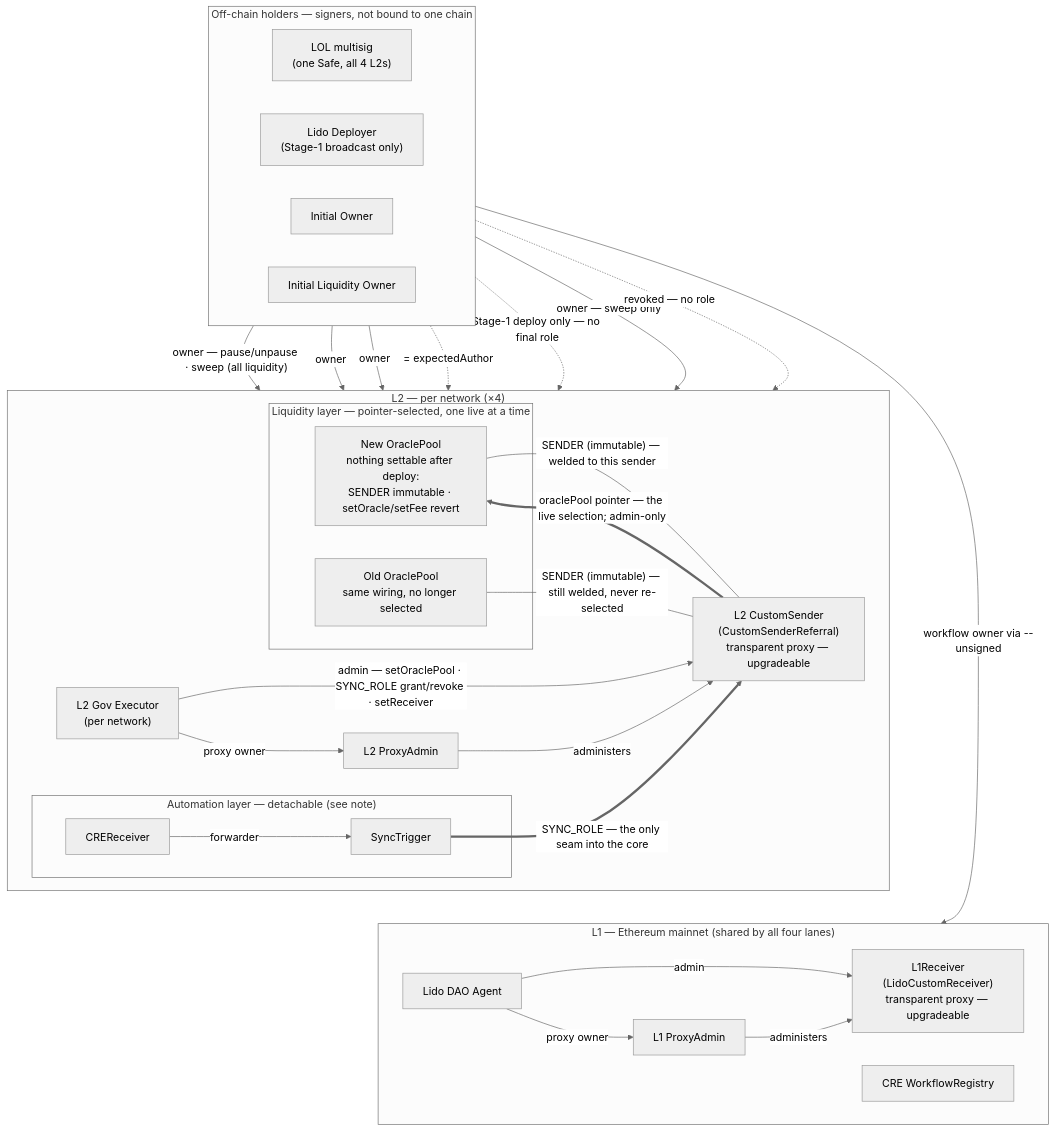
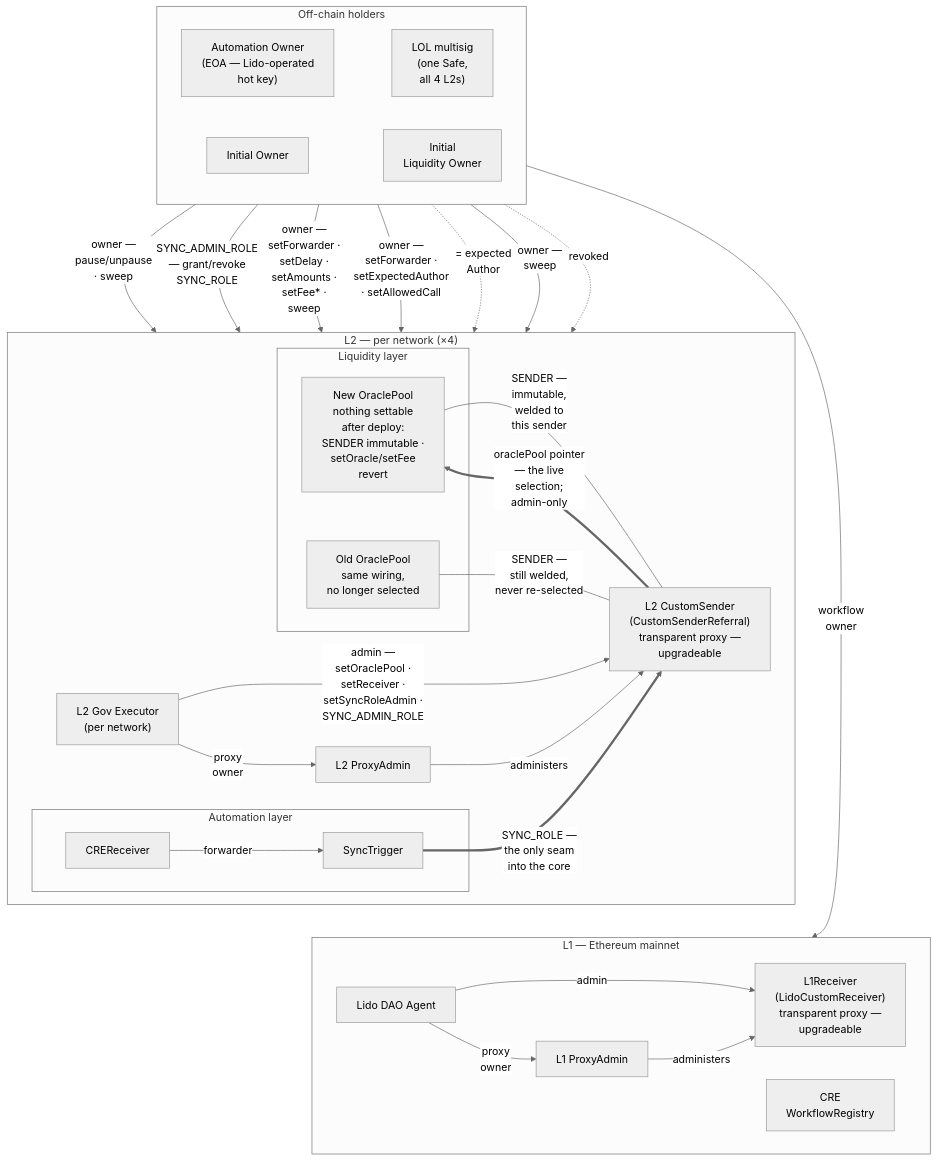
Before and after one commit to lidofinance/l2-direct-staking: the second of 2 diagrams in DOC.md, drawn with Mermaid (neutral theme). The commit also changed other lines of this file and 50 other files, not shown here.

Commit message:
feat: new architecture with Automation Owner adotion

````diff
--- a/DOC.md
+++ b/DOC.md
@@ -617,64 +722,66 @@
 ```mermaid
 flowchart TB
-    subgraph HOLDERS["Off-chain holders — signers, not bound to one chain"]
+    subgraph HOLDERS["Off-chain holders"]
         direction LR
-        LOL["LOL multisig<br/>(one Safe, all 4 L2s)"]
-        DEP["Lido Deployer<br/>(Stage-1 broadcast only)"]
+        AO["Automation Owner<br/>(EOA — Lido-operated<br/>hot key)"]
+        LOL["LOL multisig<br/>(one Safe,<br/>all 4 L2s)"]
         IO["Initial Owner"]
-        ILO["Initial Liquidity Owner"]
+        ILO["Initial<br/>Liquidity Owner"]
+        AO ~~~ LOL
+        IO ~~~ ILO
     end
 
     subgraph L2G["L2 — per network (×4)"]
         direction LR
         GOV["L2 Gov Executor<br/>(per network)"]
-        CS["L2 CustomSender<br/>(CustomSenderReferral)<br/>transparent proxy — upgradeable"]
+        CS["L2 CustomSender<br/>(CustomSenderReferral)<br/>transparent proxy —<br/>upgradeable"]
         L2PA["L2 ProxyAdmin"]
 
-        subgraph AUTO["Automation layer — detachable (see note)"]
+        subgraph AUTO["Automation layer"]
             CRER["CREReceiver"]
             ST["SyncTrigger"]
         end
 
-        subgraph POOLS["Liquidity layer — pointer-selected, one live at a time"]
-            NEW["New OraclePool<br/>nothing settable after deploy:<br/>SENDER immutable · setOracle/setFee revert"]
-            OLD["Old OraclePool<br/>same wiring, no longer selected"]
+        subgraph POOLS["Liquidity layer"]
+            NEW["New OraclePool<br/>nothing settable<br/>after deploy:<br/>SENDER immutable ·<br/>setOracle/setFee<br/>revert"]
+            OLD["Old OraclePool<br/>same wiring,<br/>no longer selected"]
         end
     end
 
-    subgraph L1G["L1 — Ethereum mainnet (shared by all four lanes)"]
+    subgraph L1G["L1 — Ethereum mainnet"]
         direction LR
         DAO["Lido DAO Agent"]
-        L1R["L1Receiver<br/>(LidoCustomReceiver)<br/>transparent proxy — upgradeable"]
+        L1R["L1Receiver<br/>(LidoCustomReceiver)<br/>transparent proxy —<br/>upgradeable"]
         L1PA["L1 ProxyAdmin"]
-        WFREG["CRE WorkflowRegistry"]
+        WFREG["CRE<br/>WorkflowRegistry"]
     end
 
     DAO -->|admin| L1R
-    DAO -->|proxy owner| L1PA
+    DAO -->|"proxy<br/>owner"| L1PA
     L1PA -->|administers| L1R
 
-    GOV -->|"admin — setOraclePool · SYNC_ROLE grant/revoke · setReceiver"| CS
-    GOV -->|proxy owner| L2PA
+    GOV -->|"admin —<br/>setOraclePool ·<br/>setReceiver ·<br/>setSyncRoleAdmin ·<br/>SYNC_ADMIN_ROLE"| CS
+    GOV -->|"proxy<br/>owner"| L2PA
     L2PA -->|administers| CS
 
-    LOL -->|"owner — pause/unpause · sweep (all liquidity)"| NEW
-    LOL -->|owner| ST
-    LOL -->|owner| CRER
-    LOL -->|"workflow owner via --unsigned"| WFREG
-    LOL -.->|= expectedAuthor| CRER
+    LOL -->|"owner —<br/>pause/unpause<br/>· sweep"| NEW
+    LOL -->|"SYNC_ADMIN_ROLE<br/>— grant/revoke<br/>SYNC_ROLE"| CS
 
-    DEP -.->|"Stage-1 deploy only — no final role"| CS
+    AO -->|"owner —<br/>setForwarder ·<br/>setDelay ·<br/>setAmounts ·<br/>setFee* ·<br/>sweep"| ST
+    AO -->|"owner —<br/>setForwarder ·<br/>setExpectedAuthor<br/>· setAllowedCall"| CRER
+    AO -->|"workflow<br/>owner"| WFREG
+    AO -.->|"= expected<br/>Author"| CRER
 
     CRER -->|forwarder| ST
-    ST ==>|"SYNC_ROLE — the only seam into the core"| CS
+    ST ==>|"SYNC_ROLE —<br/>the only seam<br/>into the core"| CS
 
-    CS ==>|"oraclePool pointer — the live selection; admin-only"| NEW
-    NEW ---|"SENDER (immutable) — welded to this sender"| CS
-    OLD ---|"SENDER (immutable) — still welded, never re-selected"| CS
+    CS ==>|"oraclePool pointer<br/>— the live<br/>selection;<br/>admin-only"| NEW
+    NEW ---|"SENDER —<br/>immutable,<br/>welded to<br/>this sender"| CS
+    OLD ---|"SENDER —<br/>still welded,<br/>never re-selected"| CS
 
-    ILO -->|"owner — sweep only"| OLD
-    IO -.->|revoked — no role| CS
+    ILO -->|"owner —<br/>sweep"| OLD
+    IO -.->|revoked| CS
 
     %% layout only — keeps the L1 group below the L2 group; no power implied
     CS ~~~ L1G
 ```
````
